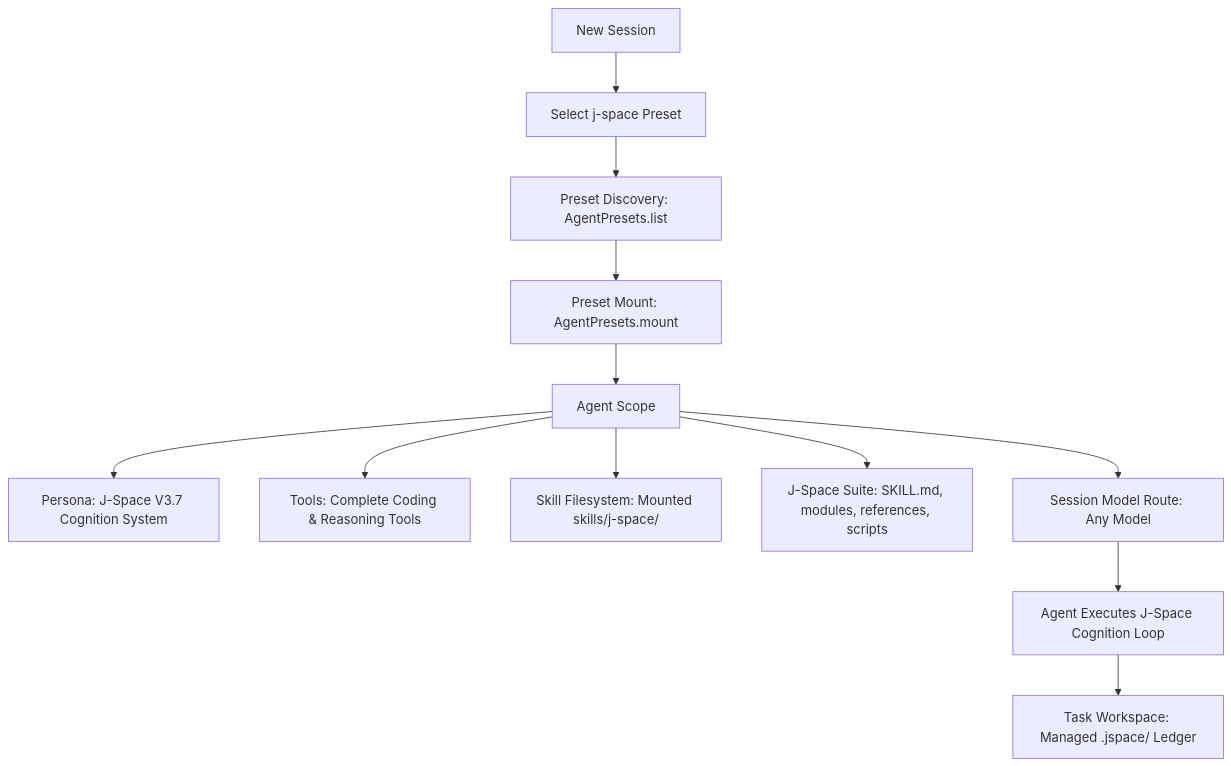
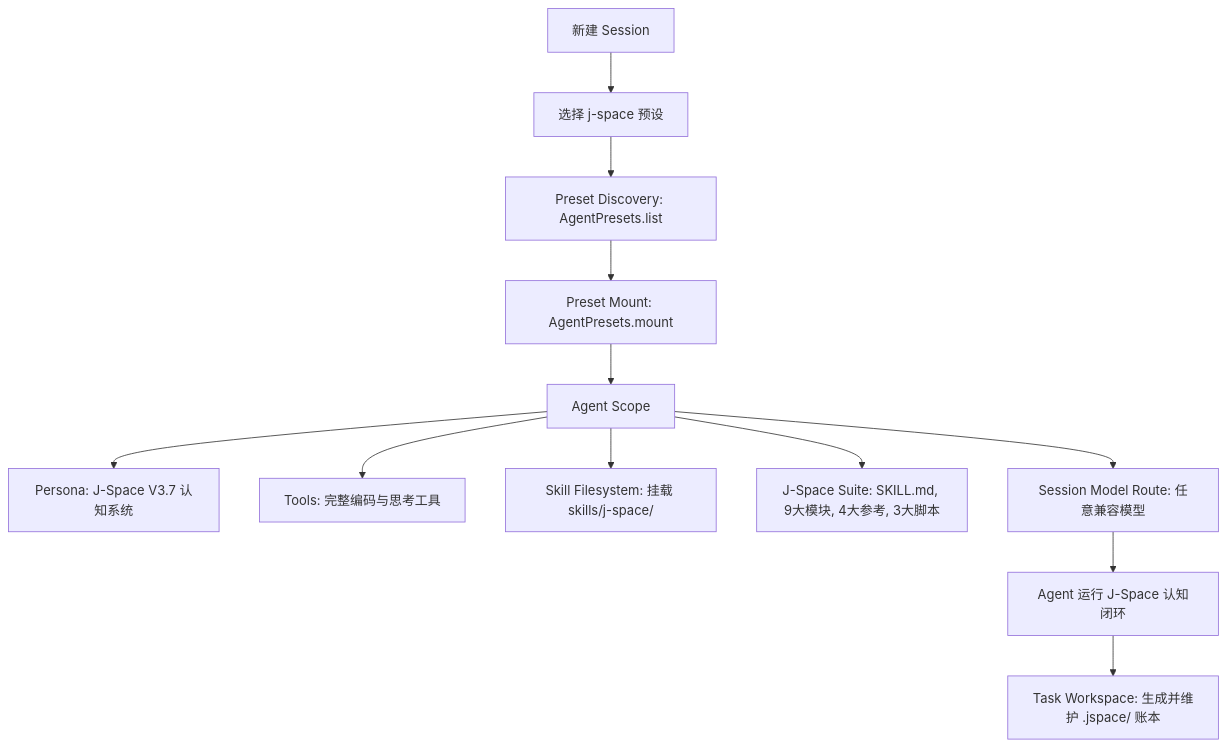
The diagram in README.md (AnonyJcy/dsh-j-space), drawn with Mermaid before and after one commit. The commit also changed other lines of this file, not shown here.

````diff
--- a/README.md
+++ b/README.md
@@ -72,14 +115,14 @@
 ```mermaid
 flowchart TD
-    A[New Session] --> B[Select j-space Preset]
+    A[新建 Session] --> B[选择 j-space 预设]
     B --> C[Preset Discovery: AgentPresets.list]
     C --> D[Preset Mount: AgentPresets.mount]
     D --> E[Agent Scope]
-    E --> F1[Persona: J-Space V3.7 Cognition System]
-    E --> F2[Tools: Complete Coding & Reasoning Tools]
-    E --> F3[Skill Filesystem: Mounted skills/j-space/]
-    E --> F4[J-Space Suite: SKILL.md, modules, references, scripts]
-    E --> G[Session Model Route: Any Model]
-    G --> H[Agent Executes J-Space Cognition Loop]
-    H --> I[Task Workspace: Managed .jspace/ Ledger]
+    E --> F1[Persona: J-Space V3.7 认知系统]
+    E --> F2[Tools: 完整编码与思考工具]
+    E --> F3[Skill Filesystem: 挂载 skills/j-space/]
+    E --> F4[J-Space Suite: SKILL.md, 9大模块, 4大参考, 3大脚本]
+    E --> G[Session Model Route: 任意兼容模型]
+    G --> H[Agent 运行 J-Space 认知闭环]
+    H --> I[Task Workspace: 生成并维护 .jspace/ 账本]
 ```
````
